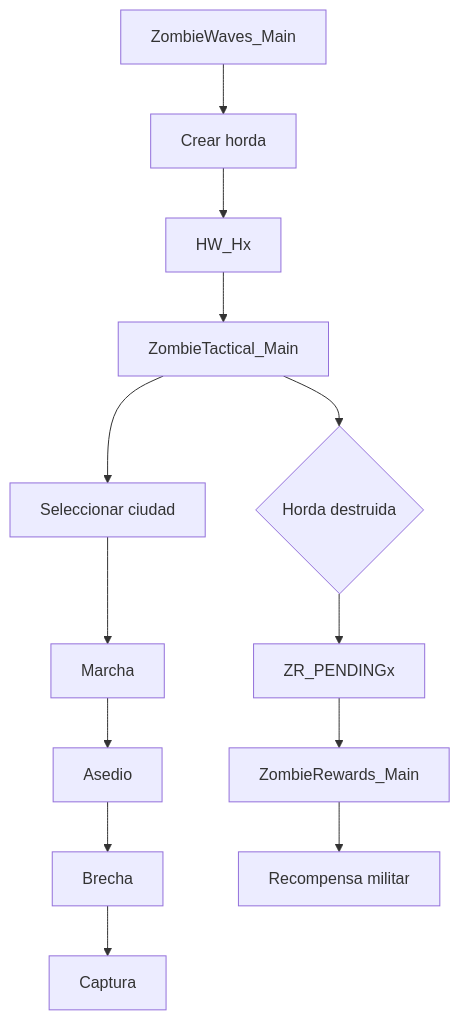
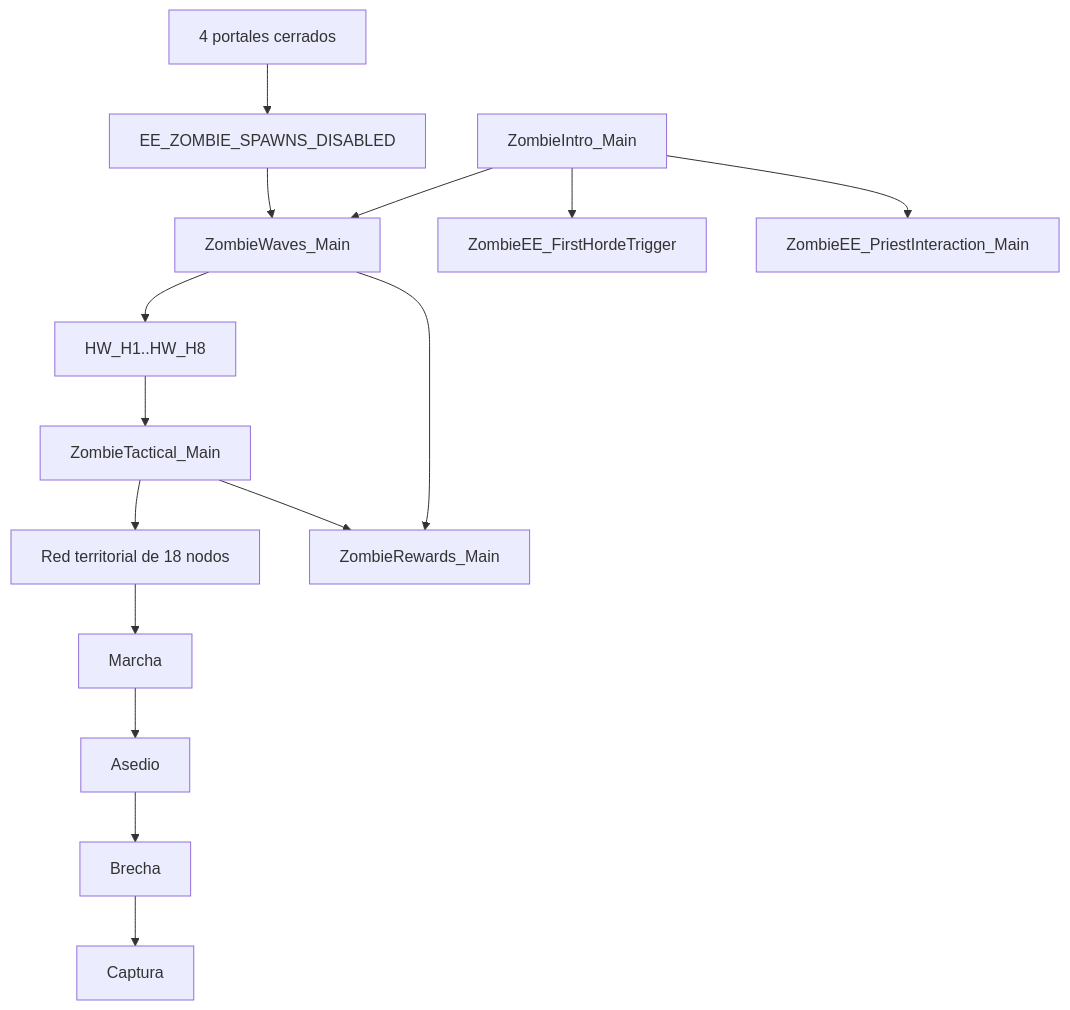
Before and after one commit to CarlosTorresCid/Imperivm-III-: the first of 2 diagrams in README.md, drawn with Mermaid. The commit also changed other lines of this file and 96 other files, not shown here.

````diff
--- a/README.md
+++ b/README.md
@@ -425,17 +792,21 @@
 ```mermaid
 flowchart TD
-    A[ZombieWaves_Main] --> B[Crear horda]
-    B --> C[HW_Hx]
-    C --> D[ZombieTactical_Main]
+    INTRO[ZombieIntro_Main] --> WAVES[ZombieWaves_Main]
+    INTRO --> TRIGGER[ZombieEE_FirstHordeTrigger]
+    INTRO --> PRIEST[ZombieEE_PriestInteraction_Main]
 
-    D --> E[Seleccionar ciudad]
-    E --> F[Marcha]
-    F --> G[Asedio]
-    G --> H[Brecha]
-    H --> I[Captura]
+    WAVES --> FRONTS[HW_H1..HW_H8]
+    FRONTS --> TACTICAL[ZombieTactical_Main]
 
-    D --> J{Horda destruida}
-    J --> K[ZR_PENDINGx]
-    K --> L[ZombieRewards_Main]
-    L --> M[Recompensa militar]
+    TACTICAL --> ROUTE[Red territorial de 18 nodos]
+    ROUTE --> MARCH[Marcha]
+    MARCH --> SIEGE[Asedio]
+    SIEGE --> BREACH[Brecha]
+    BREACH --> CAPTURE[Captura]
+
+    WAVES --> REWARDS[ZombieRewards_Main]
+    TACTICAL --> REWARDS
+
+    PORTALS[4 portales cerrados] --> STOP[EE_ZOMBIE_SPAWNS_DISABLED]
+    STOP --> WAVES
 ```
````
